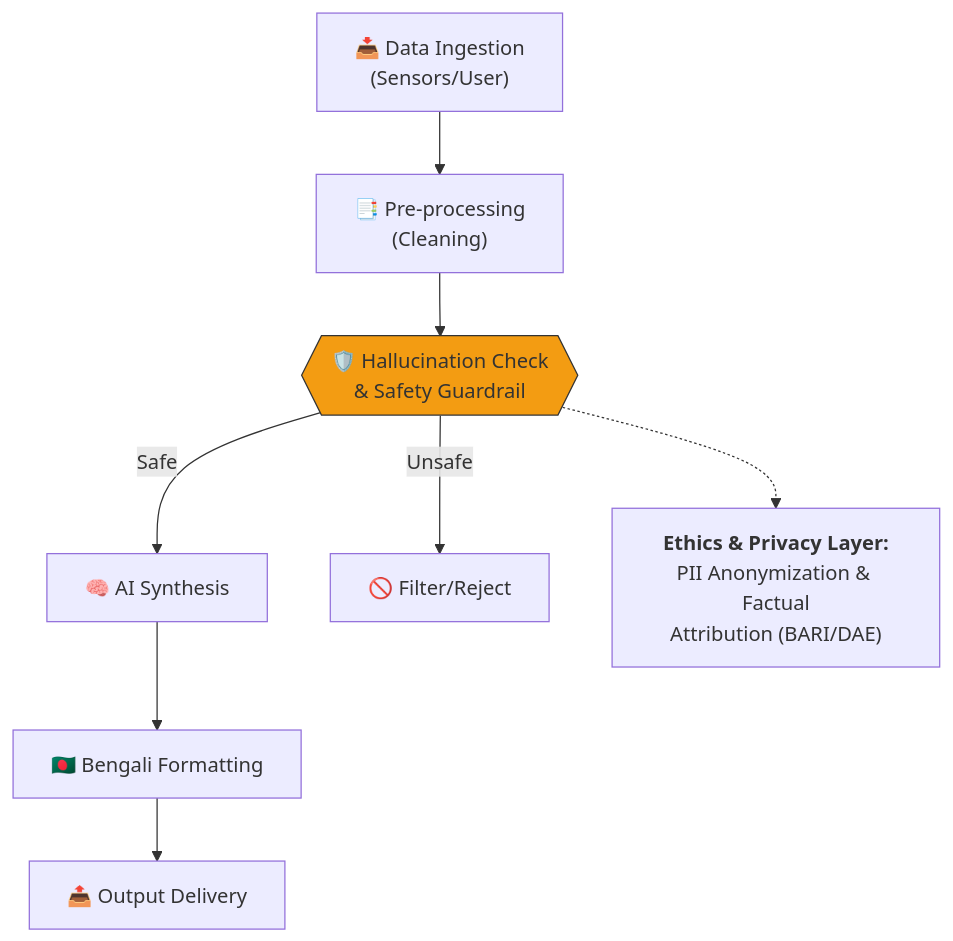
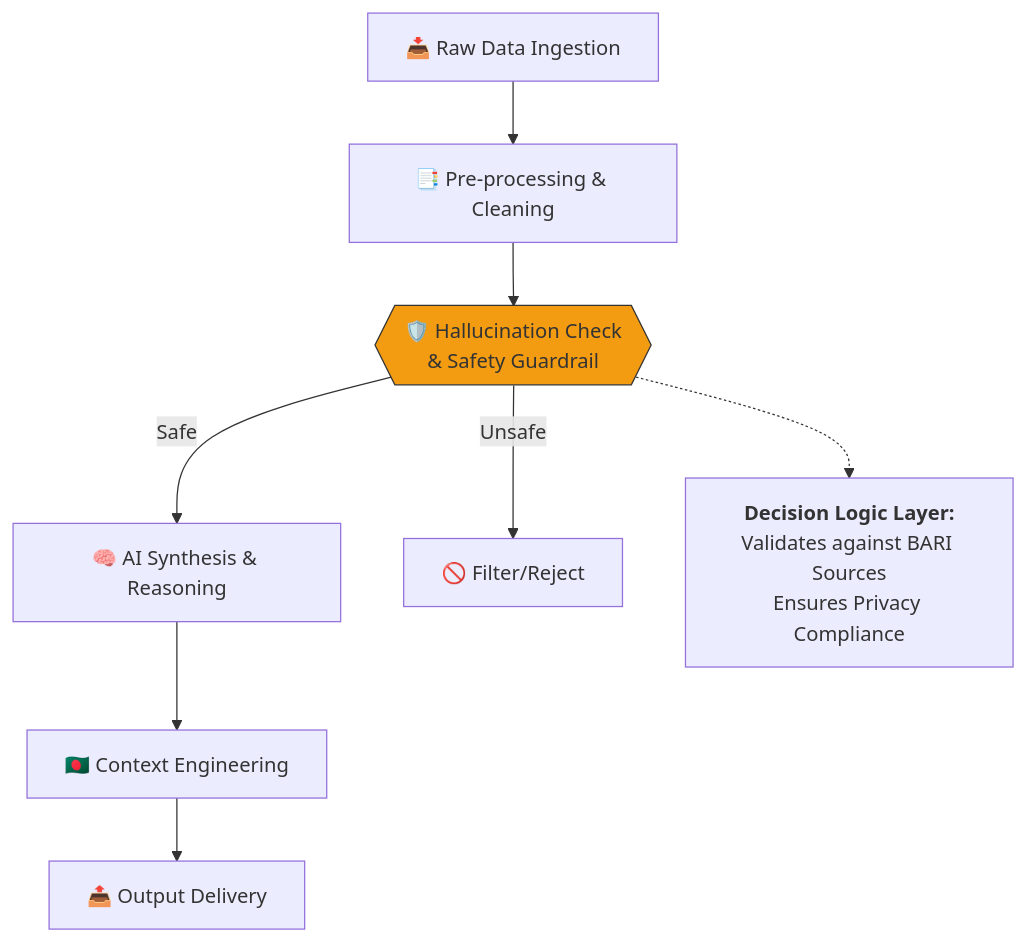
The third of 3 diagrams in SYSTEM_FLOW.md (yasar-sys/agri-shokti-bangla), drawn with Mermaid before and after one commit. The commit also changed other lines of this file and 1 other file, not shown here.

Commit message:
docs: finalize elite AI Core architecture and reasoning documentation for MXB 2026

````diff
--- a/SYSTEM_FLOW.md
+++ b/SYSTEM_FLOW.md
@@ -88,16 +102,16 @@
 ```mermaid
 graph TD
     %% Decision Pipeline
-    DP1["📥 Data Ingestion<br/>(Sensors/User)"] --> DP2["📑 Pre-processing<br/>(Cleaning)"]
+    DP1["📥 Raw Data Ingestion"] --> DP2["📑 Pre-processing & Cleaning"]
     DP2 --> DP3{{"🛡️ Hallucination Check<br/>& Safety Guardrail"}}
-    DP3 -->|Safe| DP4["🧠 AI Synthesis"]
+    DP3 -->|Safe| DP4["🧠 AI Synthesis & Reasoning"]
     DP3 -->|Unsafe| DP5["🚫 Filter/Reject"]
     
-    DP4 --> DP6["🇧🇩 Bengali Formatting"]
+    DP4 --> DP6["🇧🇩 Context Engineering"]
     DP6 --> DP7["📤 Output Delivery"]
 
     %% Ethics Note
     style DP3 fill:#f39c12,stroke:#333
-    note["<b>Ethics & Privacy Layer:</b><br/>PII Anonymization & Factual<br/>Attribution (BARI/DAE)"]
+    note["<b>Decision Logic Layer:</b><br/>Validates against BARI Sources<br/>Ensures Privacy Compliance"]
     DP3 -.-> note
 ```
````
